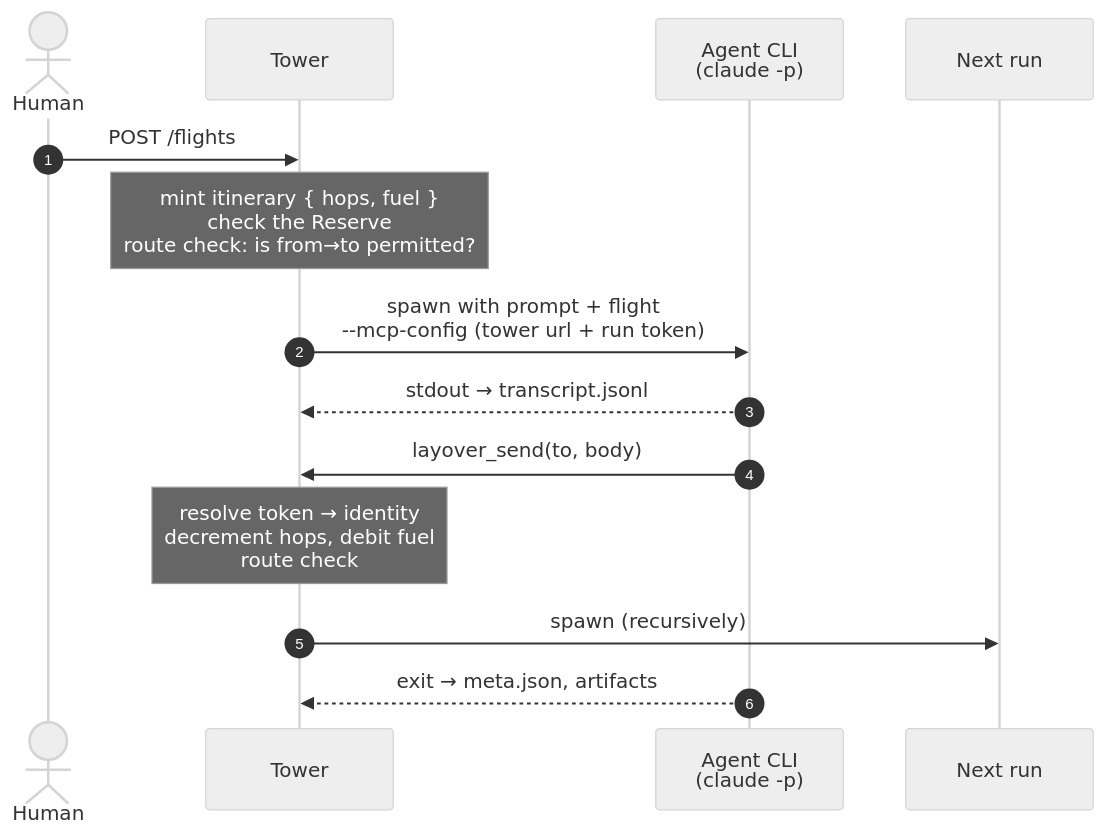
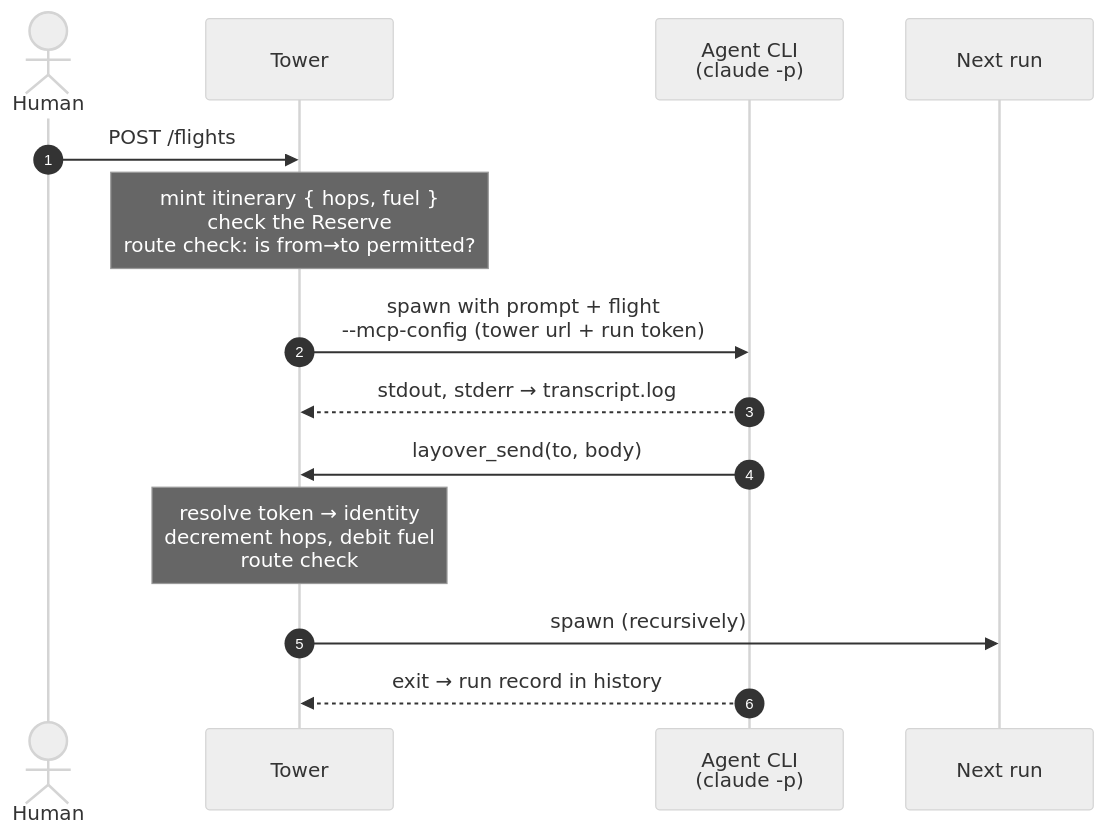
The diagram in docs/architecture.md (KotkaZ/layover-project), drawn with Mermaid (neutral theme) before and after one commit. The commit also changed other lines of this file and 29 other files, not shown here.

````diff
--- a/docs/architecture.md
+++ b/docs/architecture.md
@@ -110,17 +110,17 @@
 ```mermaid
 sequenceDiagram
     autonumber
     actor Human
     participant Tower
     participant CLI as Agent CLI<br/>(claude -p)
     participant Next as Next run
 
     Human->>Tower: POST /flights
     Note over Tower: mint itinerary { hops, fuel }<br/>check the Reserve<br/>route check: is from→to permitted?
     Tower->>CLI: spawn with prompt + flight<br/>--mcp-config (tower url + run token)
-    CLI-->>Tower: stdout → transcript.jsonl
+    CLI-->>Tower: stdout, stderr → transcript.log
     CLI->>Tower: layover_send(to, body)
     Note over Tower: resolve token → identity<br/>decrement hops, debit fuel<br/>route check
     Tower->>Next: spawn (recursively)
-    CLI-->>Tower: exit → meta.json, artifacts
+    CLI-->>Tower: exit → run record in history
 ```
````
